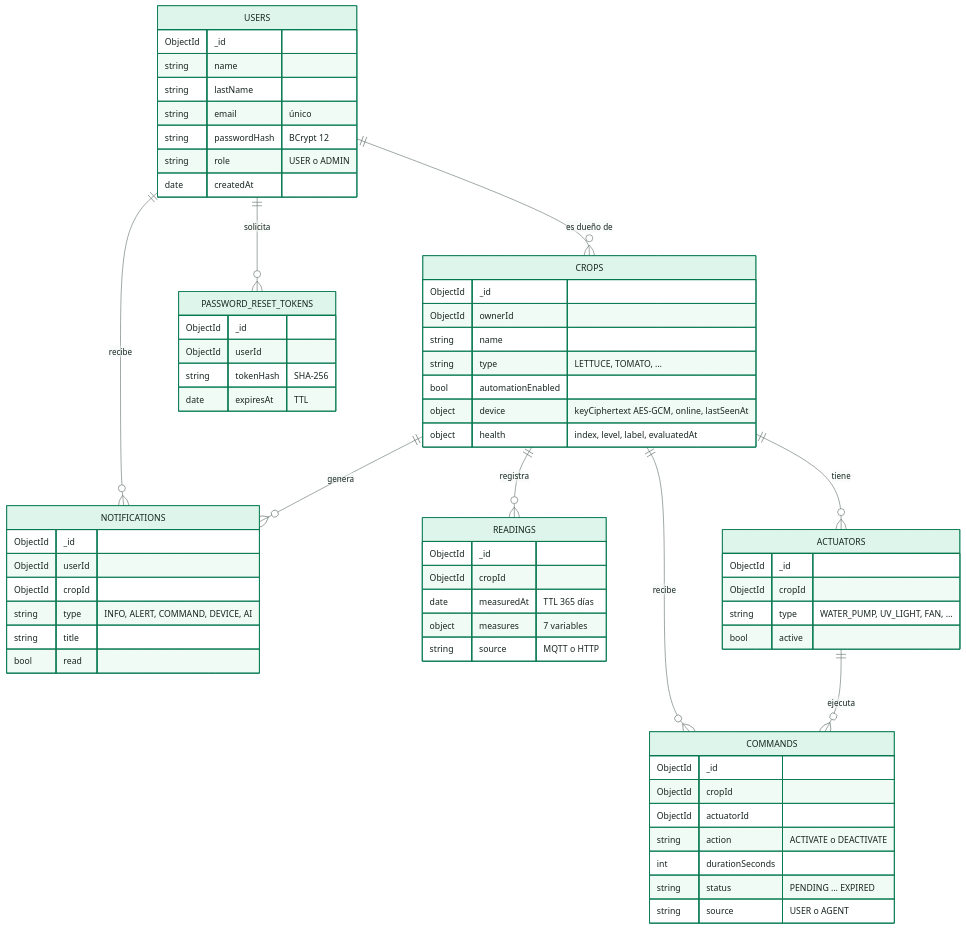
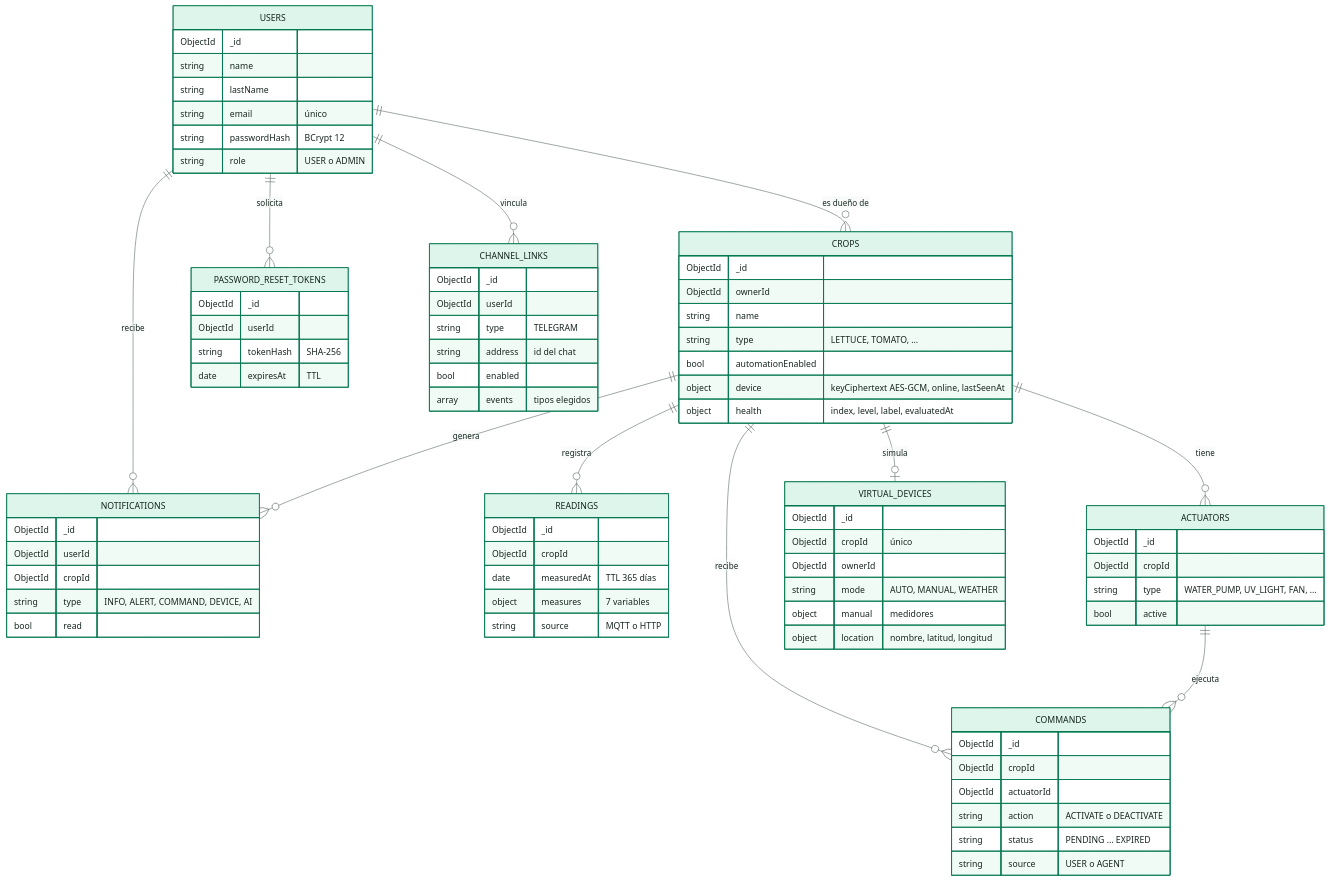
The diagram in docs/diagramas/SmartPot_04_Modelo_Datos.mmd (SmartPotTech/.github), drawn with Mermaid before and after one commit. The commit also changed 1 other file, not shown here.

Commit message:
Update the data model diagram

```diff
--- a/docs/diagramas/SmartPot_04_Modelo_Datos.mmd
+++ b/docs/diagramas/SmartPot_04_Modelo_Datos.mmd
@@ -1,64 +1,79 @@
 %%{init: {"theme": "base", "fontFamily": "Segoe UI, Arial, sans-serif", "themeVariables": {"fontFamily": "Segoe UI, Arial, sans-serif", "fontSize": "15px", "primaryColor": "#DDF5EA", "primaryTextColor": "#17261F", "primaryBorderColor": "#067A52", "secondaryColor": "#E3F2FB", "secondaryTextColor": "#17261F", "secondaryBorderColor": "#1F6FA0", "tertiaryColor": "#F2F7F4", "tertiaryTextColor": "#17261F", "tertiaryBorderColor": "#D5E3DC", "lineColor": "#5B6B63", "textColor": "#17261F", "mainBkg": "#DDF5EA", "nodeBorder": "#067A52", "clusterBkg": "#F7FAF8", "clusterBorder": "#D5E3DC", "edgeLabelBackground": "#FFFFFF", "actorBkg": "#067A52", "actorBorder": "#0B3D2B", "actorTextColor": "#FFFFFF", "actorLineColor": "#5B6B63", "signalColor": "#17261F", "signalTextColor": "#17261F", "labelBoxBkgColor": "#0B3D2B", "labelBoxBorderColor": "#0B3D2B", "labelTextColor": "#FFFFFF", "loopTextColor": "#0B3D2B", "noteBkgColor": "#FDF4DD", "noteBorderColor": "#C98D12", "noteTextColor": "#17261F", "activationBkgColor": "#DDF5EA", "activationBorderColor": "#067A52", "attributeBackgroundColorOdd": "#FFFFFF", "attributeBackgroundColorEven": "#F2F7F4"}}}%%
 erDiagram
   USERS ||--o{ CROPS : "es dueño de"
   USERS ||--o{ NOTIFICATIONS : "recibe"
   USERS ||--o{ PASSWORD_RESET_TOKENS : "solicita"
+  USERS ||--o{ CHANNEL_LINKS : "vincula"
   CROPS ||--o{ READINGS : "registra"
   CROPS ||--o{ ACTUATORS : "tiene"
   CROPS ||--o{ COMMANDS : "recibe"
   CROPS ||--o{ NOTIFICATIONS : "genera"
+  CROPS ||--o| VIRTUAL_DEVICES : "simula"
   ACTUATORS ||--o{ COMMANDS : "ejecuta"
   USERS {
     ObjectId _id
     string name
     string lastName
     string email "único"
     string passwordHash "BCrypt 12"
     string role "USER o ADMIN"
-    date createdAt
   }
   CROPS {
     ObjectId _id
     ObjectId ownerId
     string name
     string type "LETTUCE, TOMATO, …"
     bool automationEnabled
     object device "keyCiphertext AES-GCM, online, lastSeenAt"
     object health "index, level, label, evaluatedAt"
   }
   READINGS {
     ObjectId _id
     ObjectId cropId
     date measuredAt "TTL 365 días"
     object measures "7 variables"
     string source "MQTT o HTTP"
   }
   ACTUATORS {
     ObjectId _id
     ObjectId cropId
     string type "WATER_PUMP, UV_LIGHT, FAN, …"
     bool active
   }
   COMMANDS {
     ObjectId _id
     ObjectId cropId
     ObjectId actuatorId
     string action "ACTIVATE o DEACTIVATE"
-    int durationSeconds
     string status "PENDING … EXPIRED"
     string source "USER o AGENT"
   }
   NOTIFICATIONS {
     ObjectId _id
     ObjectId userId
     ObjectId cropId
     string type "INFO, ALERT, COMMAND, DEVICE, AI"
-    string title
     bool read
+  }
+  CHANNEL_LINKS {
+    ObjectId _id
+    ObjectId userId
+    string type "TELEGRAM"
+    string address "id del chat"
+    bool enabled
+    array events "tipos elegidos"
+  }
+  VIRTUAL_DEVICES {
+    ObjectId _id
+    ObjectId cropId "único"
+    ObjectId ownerId
+    string mode "AUTO, MANUAL, WEATHER"
+    object manual "medidores"
+    object location "nombre, latitud, longitud"
   }
   PASSWORD_RESET_TOKENS {
     ObjectId _id
     ObjectId userId
     string tokenHash "SHA-256"
     date expiresAt "TTL"
   }
```
